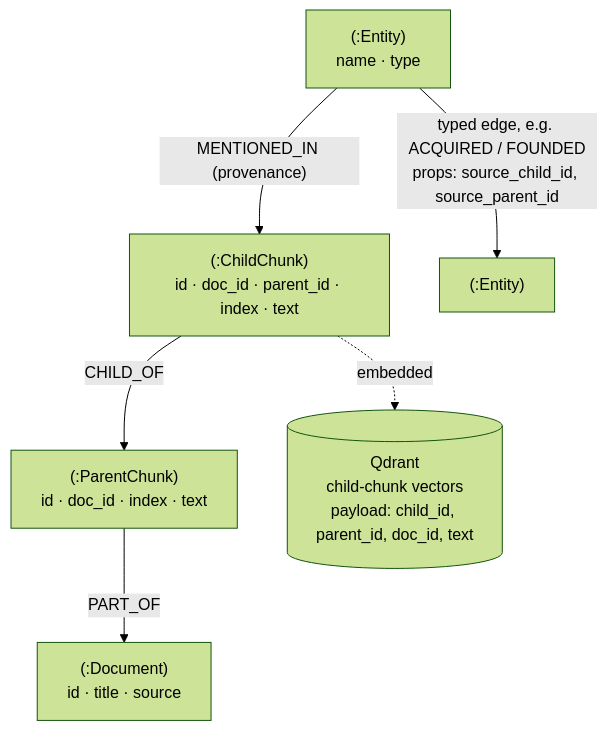
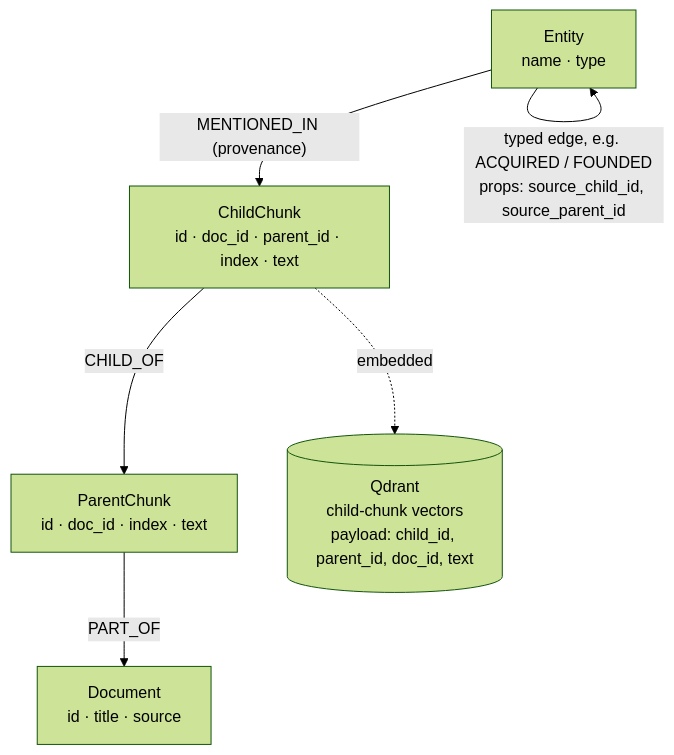
The second of 2 diagrams in README.md (nabaruns/graphrag-hierarchical-chat), drawn with Mermaid (forest theme) before and after one commit. The commit also changed other lines of this file, not shown here.

Commit message:
docs: simplify data-model diagram nodes (label names, self-loop for Entity typed edge)

````diff
--- a/README.md
+++ b/README.md
@@ -102,15 +102,14 @@
 ```mermaid
 graph TD
-    D["(:Document)<br/>id · title · source"]
-    P["(:ParentChunk)<br/>id · doc_id · index · text"]
-    C["(:ChildChunk)<br/>id · doc_id · parent_id · index · text"]
-    E1["(:Entity)<br/>name · type"]
-    E2["(:Entity)"]
+    D["Document<br/>id · title · source"]
+    P["ParentChunk<br/>id · doc_id · index · text"]
+    C["ChildChunk<br/>id · doc_id · parent_id · index · text"]
+    E["Entity<br/>name · type"]
     Q[("Qdrant<br/>child-chunk vectors<br/>payload: child_id, parent_id, doc_id, text")]
 
     P -->|PART_OF| D
     C -->|CHILD_OF| P
-    E1 -->|"MENTIONED_IN (provenance)"| C
-    E1 -->|"typed edge, e.g. ACQUIRED / FOUNDED<br/>props: source_child_id, source_parent_id"| E2
+    E -->|"MENTIONED_IN (provenance)"| C
+    E -->|"typed edge, e.g. ACQUIRED / FOUNDED<br/>props: source_child_id, source_parent_id"| E
     C -.->|embedded| Q
 ```
````
